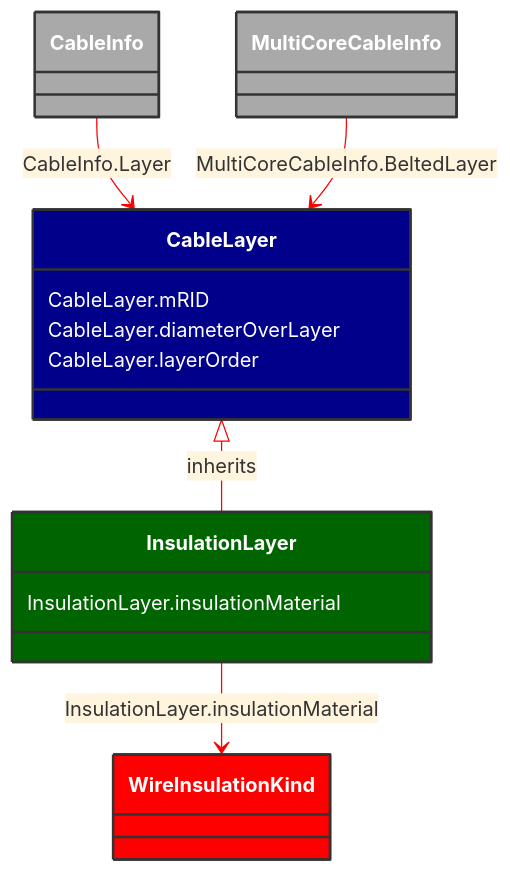
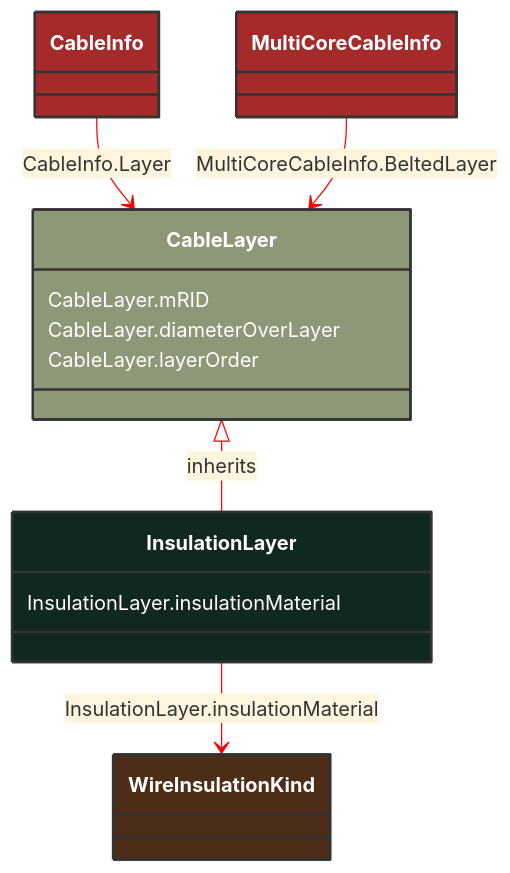
Before and after one commit to 3lbits/NoCIMExtensions: the diagram in docs/Models/Profiles/SubseaCableInfo/ConcreteClasses/InsulationLayer.md, drawn with Mermaid. The commit also changed 190 other files, not shown here.

````diff
--- a/docs/Models/Profiles/SubseaCableInfo/ConcreteClasses/InsulationLayer.md
+++ b/docs/Models/Profiles/SubseaCableInfo/ConcreteClasses/InsulationLayer.md
@@ -8,39 +8,35 @@
 ```mermaid
 %%{init: {'theme':'base','themeVariables': {'lineColor': '#FF0000'}}}%%
 classDiagram
     class InsulationLayer
     click InsulationLayer href "/Models/Profiles/SubseaCableInfo/ConcreteClasses/InsulationLayer/"
-    style InsulationLayer fill:#006400,stroke:#333,stroke-width:2px,rx:10,ry:10,color:white
-
+    style InsulationLayer fill:#102820,stroke:#333,stroke-width:2px,rx:10,ry:10,color:white
+     
         CableLayer <|-- InsulationLayer : inherits
             click CableLayer href "/Models/Profiles/SubseaCableInfo/AbstractClasses/CableLayer/"
-            style CableLayer fill:#00008B,stroke:#333,stroke-width:2px,rx:10,ry:10,color:white
-
-        InsulationLayer
-            click InsulationLayer href "/Models/Profiles/SubseaCableInfo/ConcreteClasses/InsulationLayer/"
-            style CableLayer fill:#00008B,stroke:#333,stroke-width:2px,rx:10,ry:10,color:white
+            style CableLayer fill:#8F9779,stroke:#333,stroke-width:2px,rx:10,ry:10,color:white
 
 
         CableInfo --> CableLayer : CableInfo.Layer
 
         CableInfo
             click CableInfo href "/Models/Profiles/SubseaCableInfo/ConcreteClasses/CableInfo/"
-            style CableInfo fill:#A9A9A9,stroke:#333,stroke-width:2px,rx:10,ry:10,color:white
+            style CableInfo fill:#A52A2A,stroke:#333,stroke-width:2px,rx:10,ry:10,color:white
 
         MultiCoreCableInfo --> CableLayer : MultiCoreCableInfo.BeltedLayer
 
         MultiCoreCableInfo
             click MultiCoreCableInfo href "/Models/Profiles/SubseaCableInfo/ConcreteClasses/MultiCoreCableInfo/"
-            style MultiCoreCableInfo fill:#A9A9A9,stroke:#333,stroke-width:2px,rx:10,ry:10,color:white
+            style MultiCoreCableInfo fill:#A52A2A,stroke:#333,stroke-width:2px,rx:10,ry:10,color:white
 
         InsulationLayer --> WireInsulationKind : InsulationLayer.insulationMaterial
 
         WireInsulationKind
             click WireInsulationKind href "/Models/Profiles/SubseaCableInfo/Enumerations/WireInsulationKind/"
-            style WireInsulationKind fill:#FF0000,stroke:#333,stroke-width:2px,rx:10,ry:10,color:white
+            style WireInsulationKind fill:#4D2D18,stroke:#333,stroke-width:2px,rx:10,ry:10,color:white
 
         InsulationLayer : InsulationLayer.insulationMaterial
         CableLayer : CableLayer.mRID
         CableLayer : CableLayer.diameterOverLayer
         CableLayer : CableLayer.layerOrder
 ```
````
